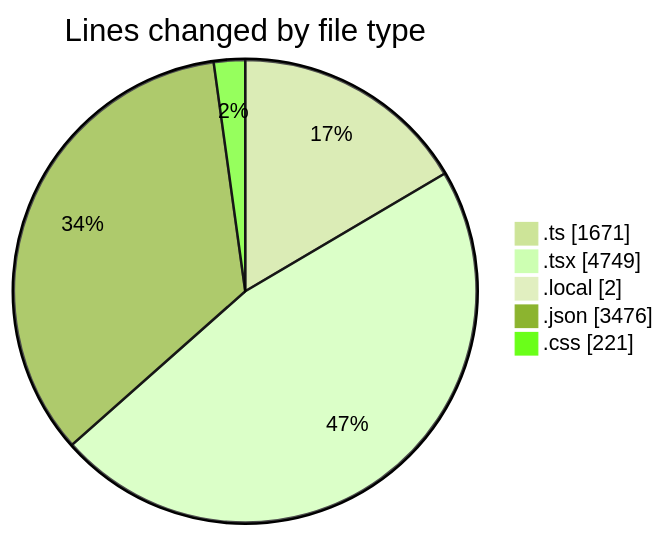
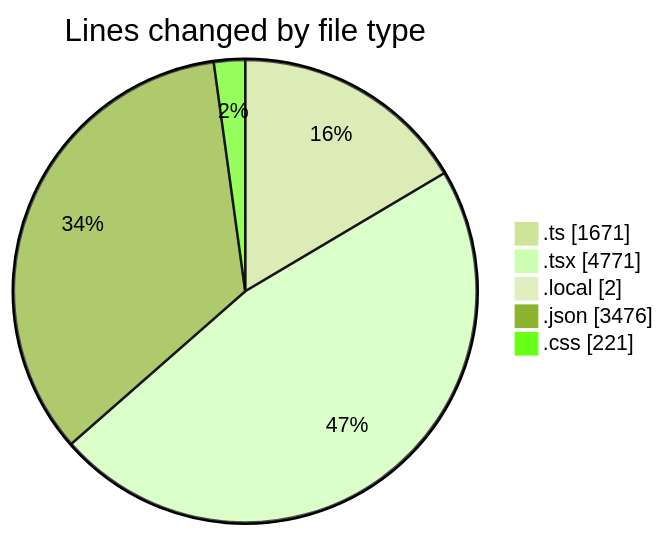
One commit to julien-gomy/code-tracking changed the first of 2 diagrams in 2025-10-28/eventscop-frontend-guide__workspace_/README.md. Above: the diagram before and after it, drawn with Mermaid (forest theme). The commit also changed other lines of this file and 1 other file, not shown here.

````diff
--- a/2025-10-28/eventscop-frontend-guide__workspace_/README.md
+++ b/2025-10-28/eventscop-frontend-guide__workspace_/README.md
@@ -58,9 +58,9 @@
 ```mermaid
 pie showData
 title Lines changed by file type
 ".ts" : 1671
-".tsx" : 4749
+".tsx" : 4771
 ".local" : 2
 ".json" : 3476
 ".css" : 221
 ```
````
